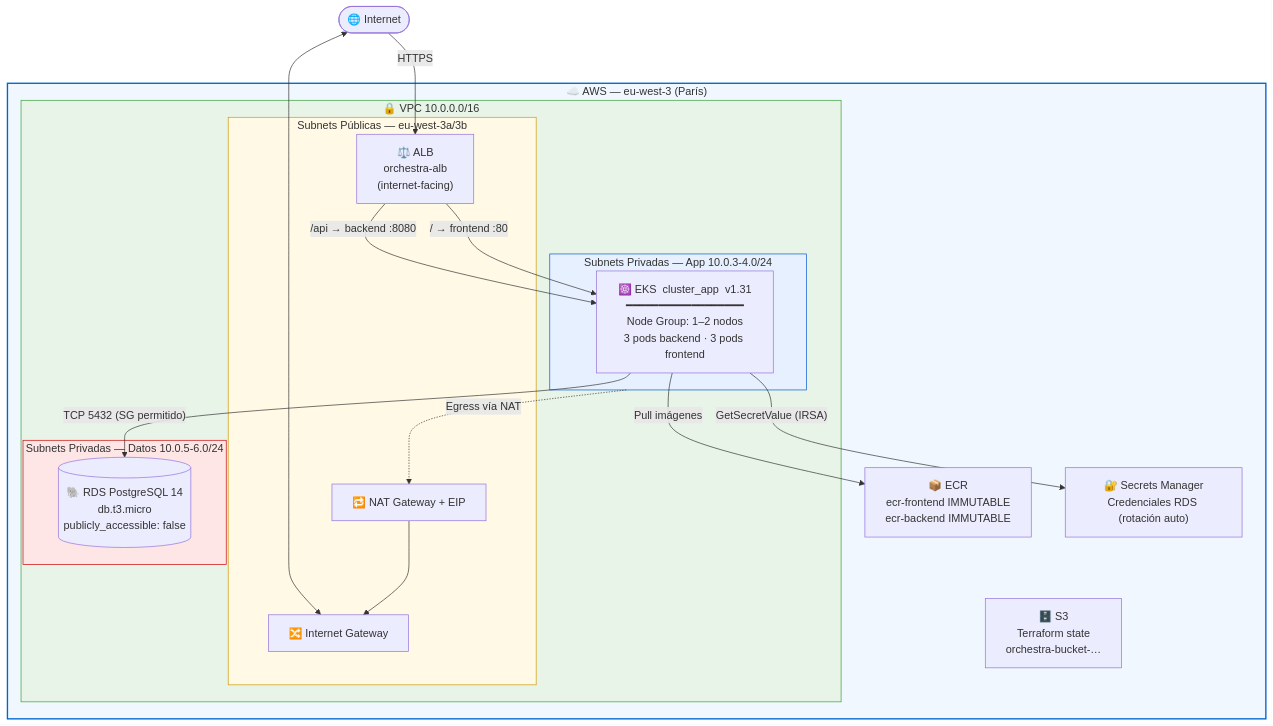
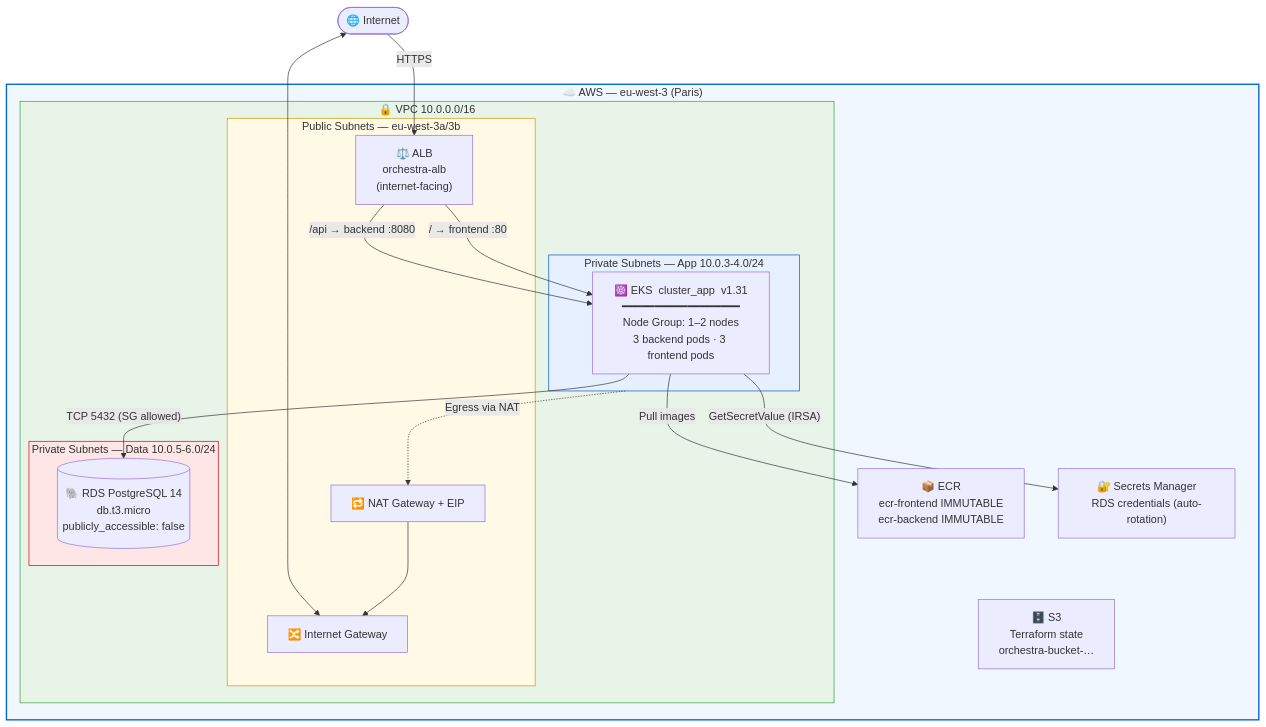
Before and after one commit to chelu-cloud/orchestra-deployment: the first of 14 diagrams in README.MD, drawn with Mermaid. The commit also changed other lines of this file, not shown here.

````diff
--- a/README.MD
+++ b/README.MD
@@ -48,44 +48,44 @@
 ```mermaid
 graph TB
     Internet(["🌐 Internet"])
 
-    subgraph AWS ["☁️ AWS — eu-west-3 (París)"]
+    subgraph AWS ["☁️ AWS — eu-west-3 (Paris)"]
 
         subgraph VPC ["🔒 VPC  10.0.0.0/16"]
 
-            subgraph PUB ["Subnets Públicas — eu-west-3a/3b"]
+            subgraph PUB ["Public Subnets — eu-west-3a/3b"]
                 IGW["🔀 Internet Gateway"]
                 NAT["🔁 NAT Gateway + EIP"]
                 ALB["⚖️ ALB\norchestra-alb\n(internet-facing)"]
             end
 
-            subgraph APP ["Subnets Privadas — App  10.0.3-4.0/24"]
-                EKS["☸️ EKS  cluster_app  v1.31\n━━━━━━━━━━━━━━━━━━\nNode Group: 1–2 nodos\n3 pods backend · 3 pods frontend"]
+            subgraph APP ["Private Subnets — App  10.0.3-4.0/24"]
+                EKS["☸️ EKS  cluster_app  v1.31\n━━━━━━━━━━━━━━━━━━\nNode Group: 1–2 nodes\n3 backend pods · 3 frontend pods"]
             end
 
-            subgraph DATA ["Subnets Privadas — Datos  10.0.5-6.0/24"]
+            subgraph DATA ["Private Subnets — Data  10.0.5-6.0/24"]
                 RDS[("🐘 RDS PostgreSQL 14\ndb.t3.micro\npublicly_accessible: false")]
             end
         end
 
         ECR["📦 ECR\necr-frontend  IMMUTABLE\necr-backend   IMMUTABLE"]
-        SM["🔐 Secrets Manager\nCredenciales RDS (rotación auto)"]
+        SM["🔐 Secrets Manager\nRDS credentials (auto-rotation)"]
         S3["🗄️ S3\nTerraform state\norchestra-bucket-…"]
     end
 
     Internet -->|"HTTPS"| ALB
     ALB -->|"/ → frontend :80"| EKS
     ALB -->|"/api → backend :8080"| EKS
-    EKS -->|"TCP 5432 (SG permitido)"| RDS
-    EKS -->|"Pull imágenes"| ECR
+    EKS -->|"TCP 5432 (SG allowed)"| RDS
+    EKS -->|"Pull images"| ECR
     EKS -->|"GetSecretValue (IRSA)"| SM
-    APP -.->|"Egress vía NAT"| NAT
+    APP -.->|"Egress via NAT"| NAT
     NAT --> IGW
     IGW <--> Internet
 
     style AWS fill:#f0f7ff,stroke:#0066cc,stroke-width:2px
     style VPC fill:#e8f4e8,stroke:#33a033,stroke-width:1px
     style PUB fill:#fff9e6,stroke:#cc9900,stroke-width:1px
     style APP fill:#e6f0ff,stroke:#0055cc,stroke-width:1px
     style DATA fill:#ffe6e6,stroke:#cc0000,stroke-width:1px
 ```
````
